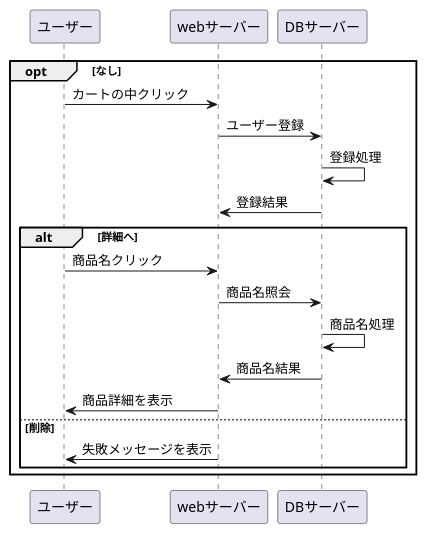
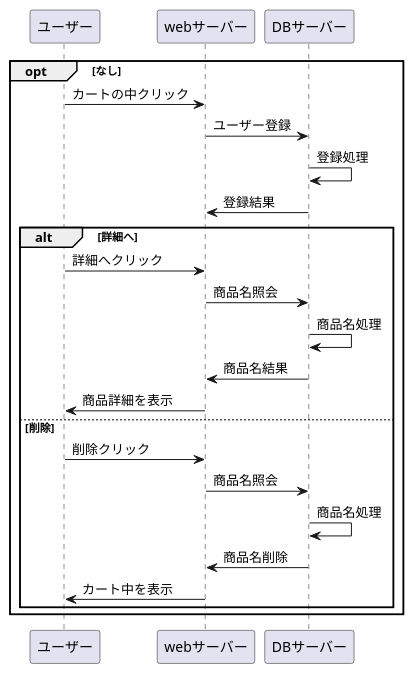
The diagram in ka-toin.md (Aso2001403/2021sys-design), drawn with PlantUML before and after one commit.

````diff
--- a/ka-toin.md
+++ b/ka-toin.md
@@ -1,21 +1,25 @@
 ```uml
 @startuml
 opt なし
  ユーザー -> webサーバー : カートの中クリック
  webサーバー -> DBサーバー : ユーザー登録
  DBサーバー -> DBサーバー : 登録処理
  DBサーバー -> webサーバー : 登録結果
 
  alt 詳細へ
-ユーザー -> webサーバー : 商品名クリック
+ユーザー -> webサーバー : 詳細へクリック
 webサーバー -> DBサーバー : 商品名照会
 DBサーバー -> DBサーバー : 商品名処理
 DBサーバー -> webサーバー : 商品名結果
 webサーバー -> ユーザー : 商品詳細を表示
  else 削除
- webサーバー -> ユーザー : 失敗メッセージを表示
+ユーザー -> webサーバー : 削除クリック
+webサーバー -> DBサーバー : 商品名照会
+DBサーバー -> DBサーバー : 商品名処理
+DBサーバー -> webサーバー : 商品名削除
+webサーバー -> ユーザー : カート中を表示
  end
 end
 
 @enduml
 ```
````
